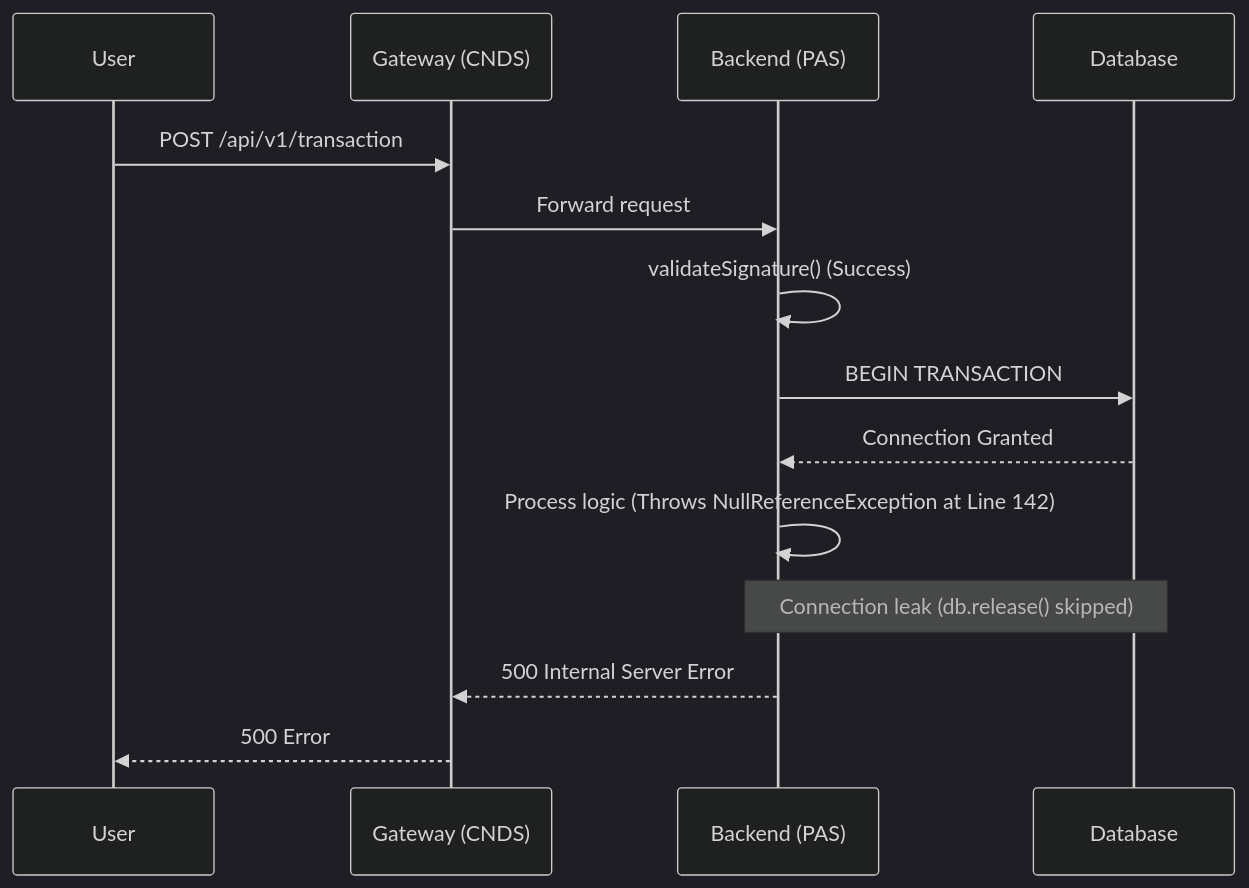
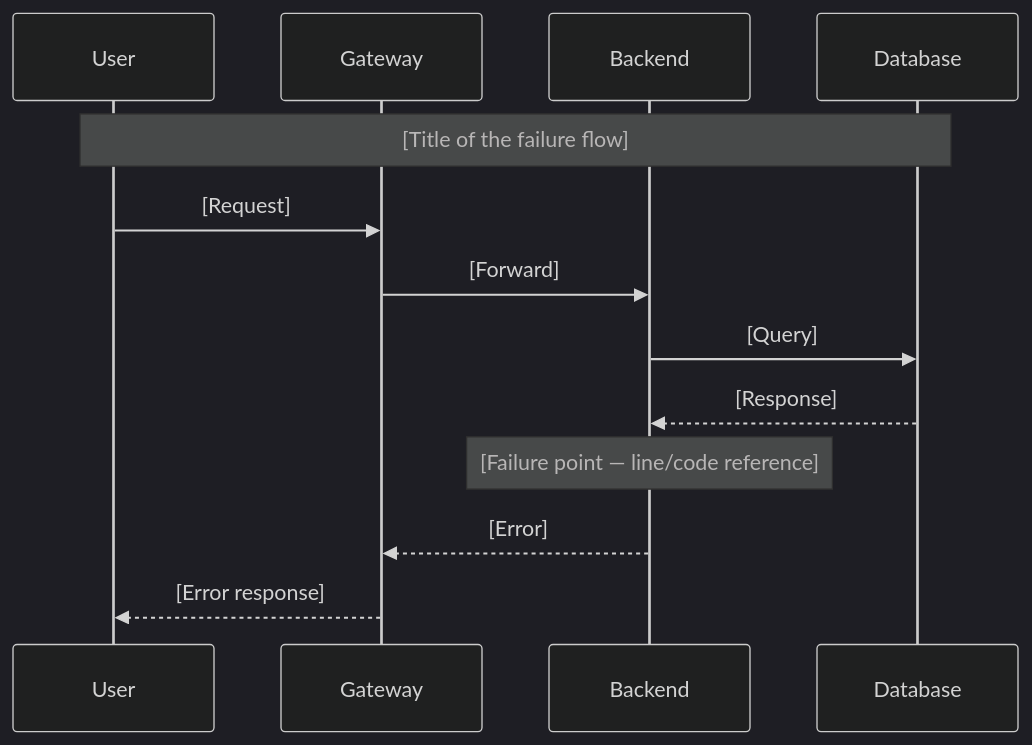
One commit to lutfi-zain/lz-stacks changed the first of 2 diagrams in skills/lz-kairos-debugger/assets/rca-template.md. Above: the diagram before and after it, drawn with Mermaid (dark theme). The commit also changed other lines of this file and 7 other files, not shown here.

````diff
--- a/skills/lz-kairos-debugger/assets/rca-template.md
+++ b/skills/lz-kairos-debugger/assets/rca-template.md
@@ -37,17 +155,17 @@
 ```mermaid
 sequenceDiagram
     participant U as User
-    participant G as Gateway (CNDS)
-    participant B as Backend (PAS)
+    participant G as Gateway
+    participant B as Backend
     participant D as Database
 
-    U->>G: POST /api/v1/transaction
-    G->>B: Forward request
-    B->>B: validateSignature() (Success)
-    B->>D: BEGIN TRANSACTION
-    D-->>B: Connection Granted
-    B->>B: Process logic (Throws NullReferenceException at Line 142)
-    Note over B,D: Connection leak (db.release() skipped)
-    B-->>G: 500 Internal Server Error
-    G-->>U: 500 Error
+    Note over U,D: [Title of the failure flow]
+
+    U->>G: [Request]
+    G->>B: [Forward]
+    B->>D: [Query]
+    D-->>B: [Response]
+    Note over B: [Failure point — line/code reference]
+    B-->>G: [Error]
+    G-->>U: [Error response]
 ```
````
